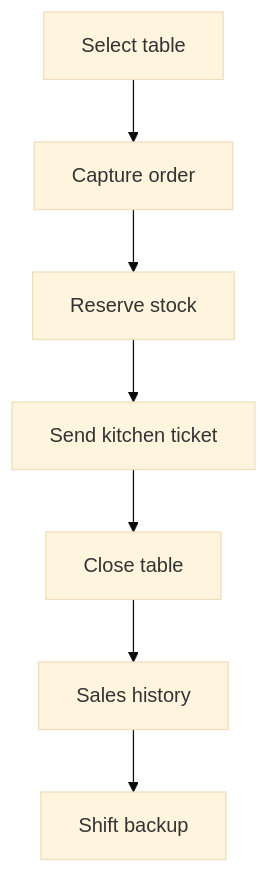
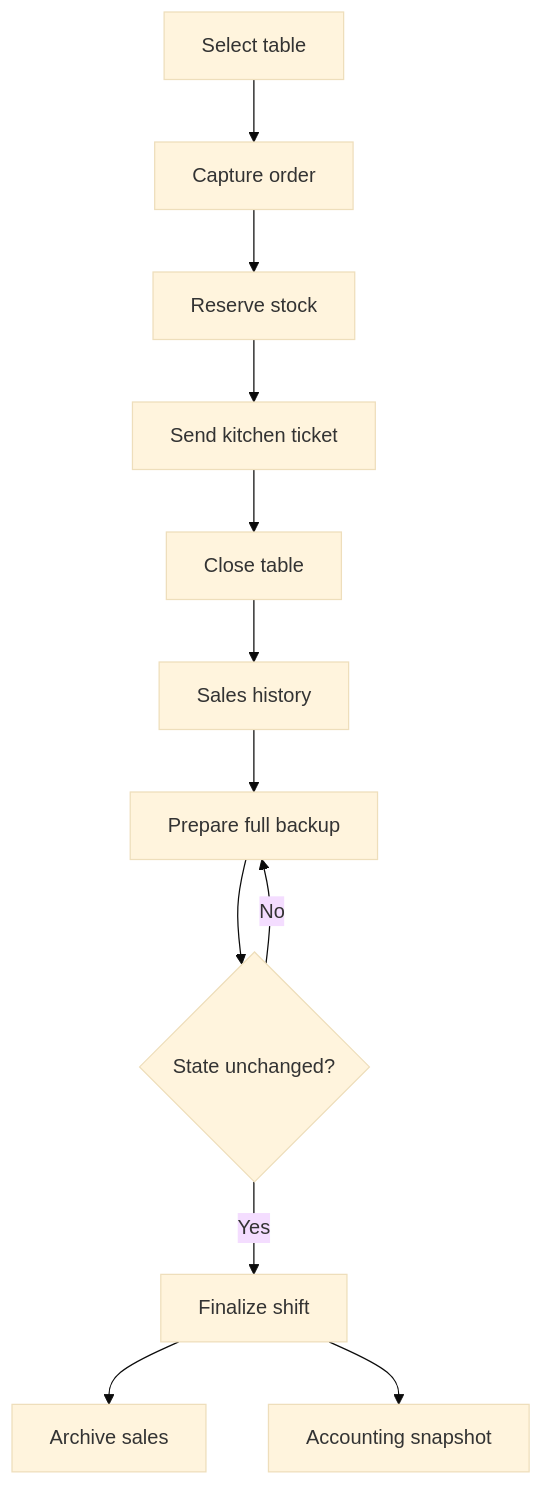
Before and after one commit to Jsantiagom11/rumi-wawqi-pos: the diagram in README.md, drawn with Mermaid (base theme). The commit also changed other lines of this file, not shown here.

Commit message:
docs: document WSL shift engine and accounting lab

````diff
--- a/README.md
+++ b/README.md
@@ -28,9 +30,14 @@
 ```mermaid
 flowchart TD
     A[Select table] --> B[Capture order]
     B --> C[Reserve stock]
     C --> D[Send kitchen ticket]
     D --> E[Close table]
     E --> F[Sales history]
-    F --> G[Shift backup]
+    F --> G[Prepare full backup]
+    G --> H{State unchanged?}
+    H -- No --> G
+    H -- Yes --> I[Finalize shift]
+    I --> J[Archive sales]
+    I --> K[Accounting snapshot]
 ```
````
